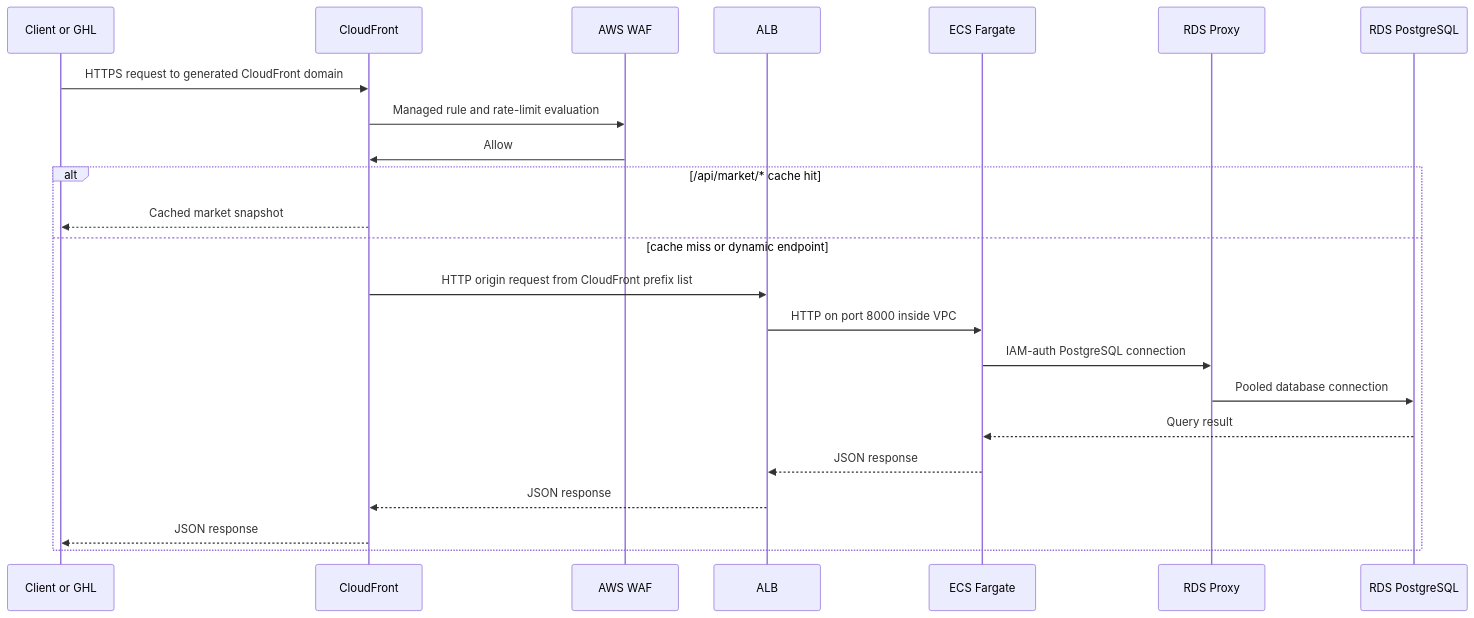
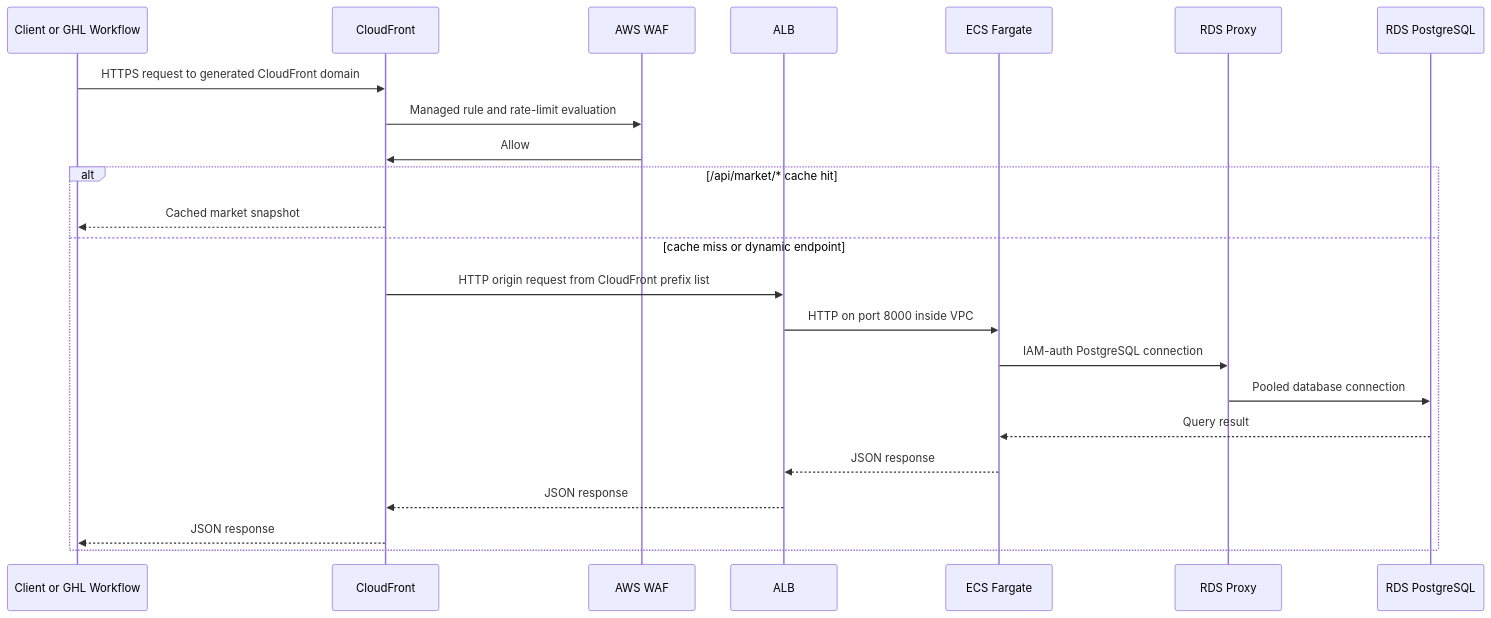
Before and after one commit to manynames3/clearpath-fargate-api: the first of 2 diagrams in docs/architecture.md, drawn with Mermaid. The commit also changed other lines of this file and 6 other files, not shown here.

````diff
--- a/docs/architecture.md
+++ b/docs/architecture.md
@@ -9,26 +9,26 @@
 ```mermaid
 sequenceDiagram
-    participant Client as Client or GHL
+    participant Client as Client or GHL Workflow
     participant CF as CloudFront
     participant WAF as AWS WAF
     participant ALB as ALB
     participant ECS as ECS Fargate
     participant Proxy as RDS Proxy
     participant DB as RDS PostgreSQL
 
     Client->>CF: HTTPS request to generated CloudFront domain
     CF->>WAF: Managed rule and rate-limit evaluation
     WAF->>CF: Allow
     alt /api/market/* cache hit
         CF-->>Client: Cached market snapshot
     else cache miss or dynamic endpoint
         CF->>ALB: HTTP origin request from CloudFront prefix list
         ALB->>ECS: HTTP on port 8000 inside VPC
         ECS->>Proxy: IAM-auth PostgreSQL connection
         Proxy->>DB: Pooled database connection
         DB-->>ECS: Query result
         ECS-->>ALB: JSON response
         ALB-->>CF: JSON response
         CF-->>Client: JSON response
     end
 ```
````
